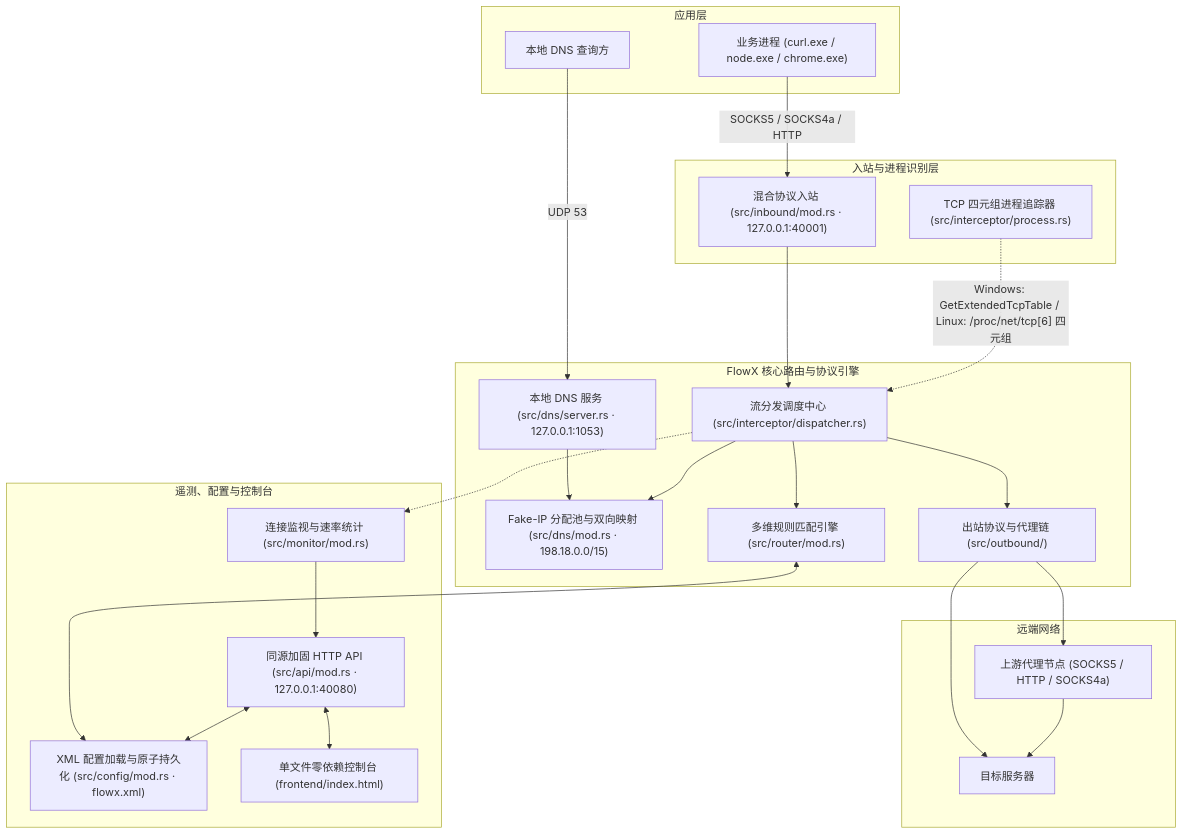
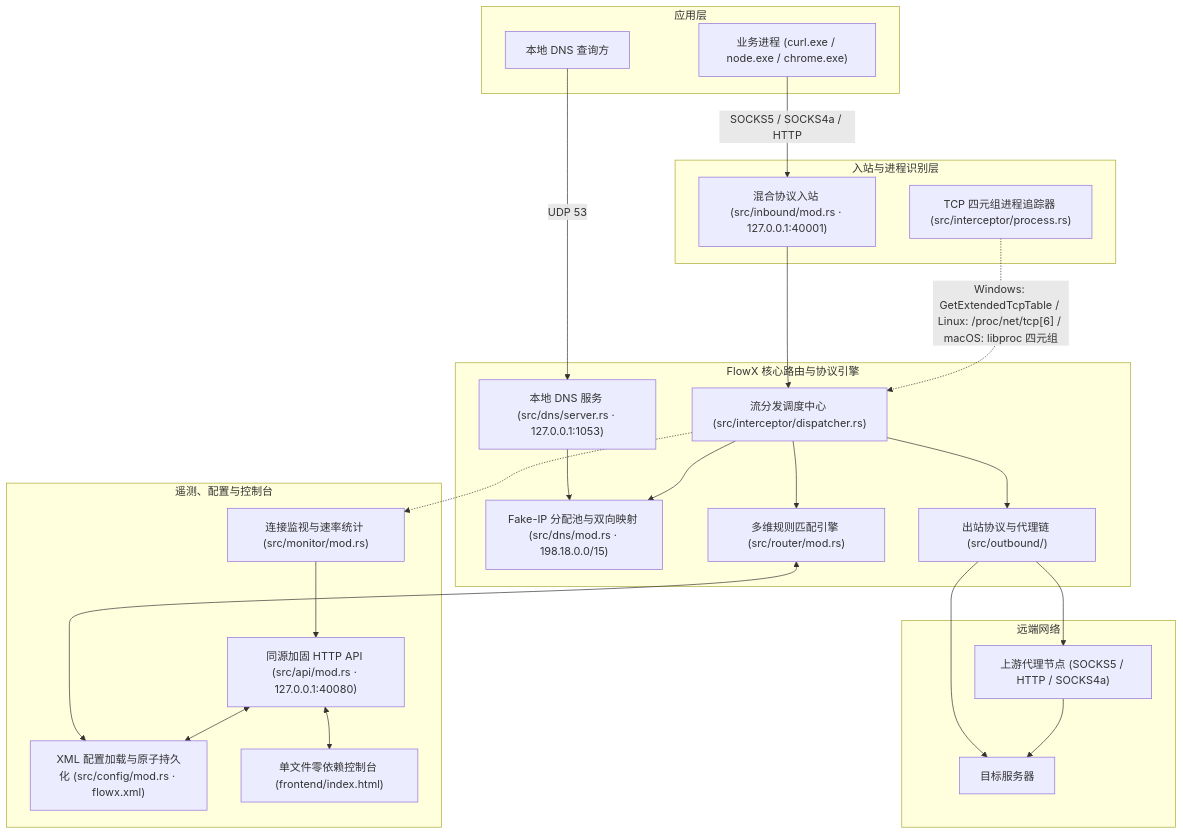
The diagram in ARCHITECTURE.md (sLingli/FlowX), drawn with Mermaid before and after one commit. The commit also changed other lines of this file and 2 other files, not shown here.

Commit message:
docs: sync SKILL, README, and ARCHITECTURE with cross-platform and security hardening

````diff
--- a/ARCHITECTURE.md
+++ b/ARCHITECTURE.md
@@ -11,49 +11,49 @@
 ```mermaid
 flowchart TD
     subgraph AppLayer ["应用层"]
         A1["业务进程 (curl.exe / node.exe / chrome.exe)"]
         A2["本地 DNS 查询方"]
     end
 
     subgraph InterceptionLayer ["入站与进程识别层"]
         MixedInbound["混合协议入站 (src/inbound/mod.rs · 127.0.0.1:40001)"]
         ProcessTracker["TCP 四元组进程追踪器 (src/interceptor/process.rs)"]
     end
 
     subgraph CoreEngine ["FlowX 核心路由与协议引擎"]
         Dispatcher["流分发调度中心 (src/interceptor/dispatcher.rs)"]
         FakeIpEngine["Fake-IP 分配池与双向映射 (src/dns/mod.rs · 198.18.0.0/15)"]
         DnsServer["本地 DNS 服务 (src/dns/server.rs · 127.0.0.1:1053)"]
         RouterEngine["多维规则匹配引擎 (src/router/mod.rs)"]
         OutboundMgr["出站协议与代理链 (src/outbound/)"]
     end
 
     subgraph PresentationLayer ["遥测、配置与控制台"]
         Monitor["连接监视与速率统计 (src/monitor/mod.rs)"]
         ConfigStore["XML 配置加载与原子持久化 (src/config/mod.rs · flowx.xml)"]
         ApiServer["同源加固 HTTP API (src/api/mod.rs · 127.0.0.1:40080)"]
         WebDashboard["单文件零依赖控制台 (frontend/index.html)"]
     end
 
     subgraph RemoteNetwork ["远端网络"]
         ProxyNode["上游代理节点 (SOCKS5 / HTTP / SOCKS4a)"]
         TargetHost["目标服务器"]
     end
 
     A1 -->|"SOCKS5 / SOCKS4a / HTTP"| MixedInbound
     A2 -->|"UDP 53"| DnsServer
     DnsServer --> FakeIpEngine
     MixedInbound --> Dispatcher
-    ProcessTracker -.->|"Windows: GetExtendedTcpTable / Linux: /proc/net/tcp[6] 四元组"| Dispatcher
+    ProcessTracker -.->|"Windows: GetExtendedTcpTable / Linux: /proc/net/tcp[6] / macOS: libproc 四元组"| Dispatcher
     Dispatcher --> FakeIpEngine
     Dispatcher --> RouterEngine
     Dispatcher --> OutboundMgr
     OutboundMgr --> ProxyNode
     OutboundMgr --> TargetHost
     ProxyNode --> TargetHost
     Dispatcher -.-> Monitor
     Monitor --> ApiServer
     RouterEngine <--> ConfigStore
     ApiServer <--> ConfigStore
     ApiServer <--> WebDashboard
 ```
````
